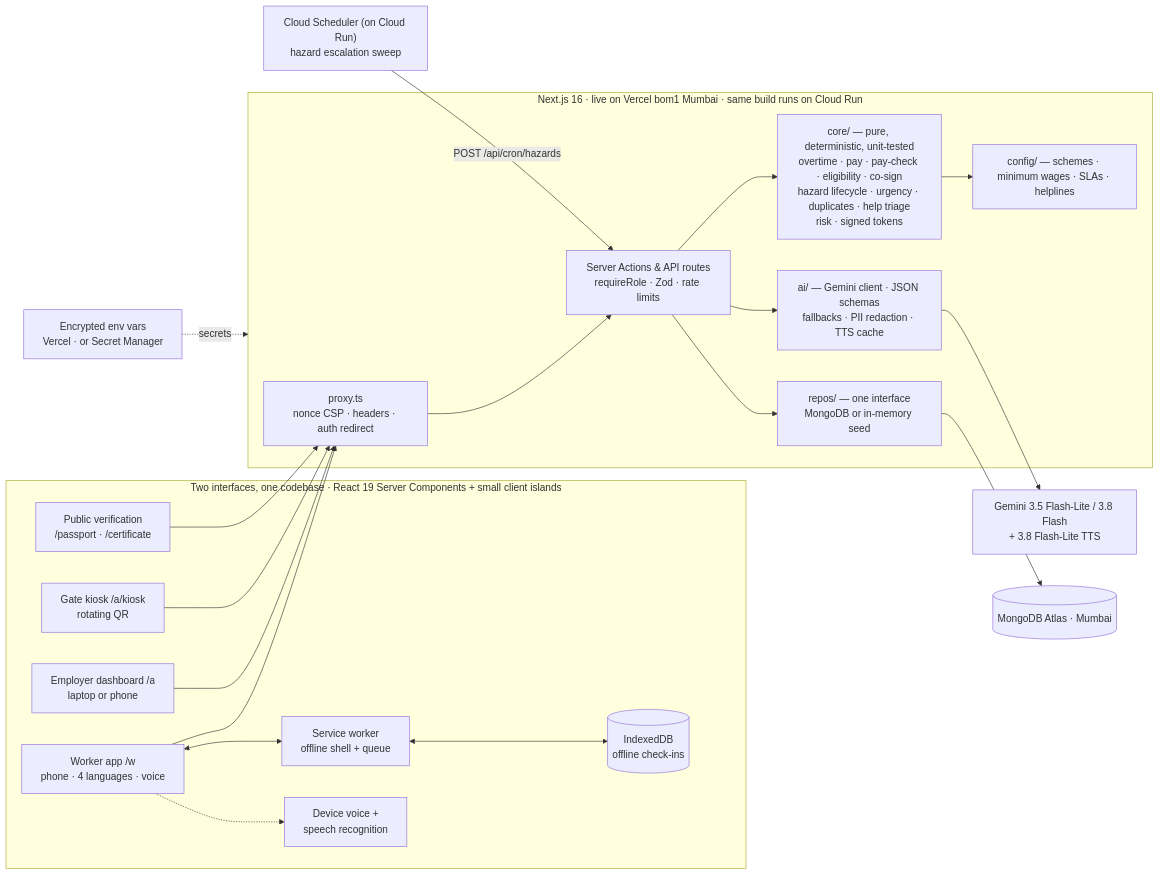
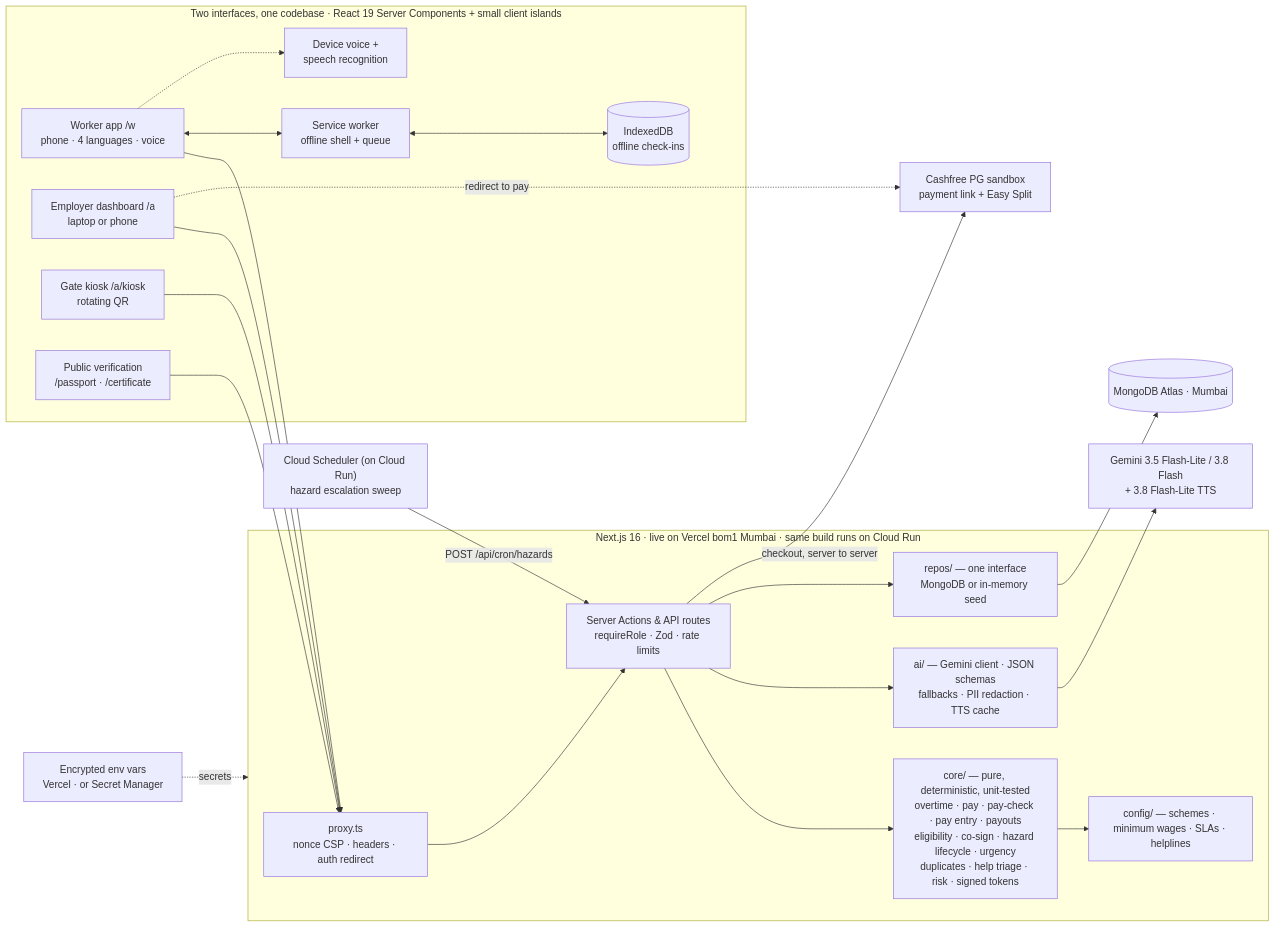
Before and after one commit to amanmaskara04/fairshift: the diagram in README.md, drawn with Mermaid. The commit also changed other lines of this file and 21 other files, not shown here.

````diff
--- a/README.md
+++ b/README.md
@@ -153,40 +156,43 @@
 ```mermaid
 flowchart LR
     subgraph Clients["Two interfaces, one codebase · React 19 Server Components + small client islands"]
         W["Worker app /w<br/>phone · 4 languages · voice"]
         A["Employer dashboard /a<br/>laptop or phone"]
         K["Gate kiosk /a/kiosk<br/>rotating QR"]
         V["Public verification<br/>/passport · /certificate"]
         SW["Service worker<br/>offline shell + queue"]
         IDB[("IndexedDB<br/>offline check-ins")]
         TTS1["Device voice +<br/>speech recognition"]
     end
 
     subgraph Run["Next.js 16 · live on Vercel bom1 Mumbai · same build runs on Cloud Run"]
         PX["proxy.ts<br/>nonce CSP · headers · auth redirect"]
         SA["Server Actions & API routes<br/>requireRole · Zod · rate limits"]
-        CORE["core/ — pure, deterministic, unit-tested<br/>overtime · pay · pay-check · eligibility · co-sign<br/>hazard lifecycle · urgency · duplicates · help triage<br/>risk · signed tokens"]
+        CORE["core/ — pure, deterministic, unit-tested<br/>overtime · pay · pay-check · pay entry · payouts<br/>eligibility · co-sign · hazard lifecycle · urgency<br/>duplicates · help triage · risk · signed tokens"]
         CFG["config/ — schemes · minimum wages · SLAs · helplines"]
         AI["ai/ — Gemini client · JSON schemas<br/>fallbacks · PII redaction · TTS cache"]
         REPO["repos/ — one interface<br/>MongoDB or in-memory seed"]
     end
 
     GEM["Gemini 3.5 Flash-Lite / 3.8 Flash<br/>+ 3.8 Flash-Lite TTS"]
+    CF["Cashfree PG sandbox<br/>payment link + Easy Split"]
     DB[("MongoDB Atlas · Mumbai")]
     SM["Encrypted env vars<br/>Vercel · or Secret Manager"]
     SCH["Cloud Scheduler (on Cloud Run)<br/>hazard escalation sweep"]
 
     W --> PX
     A --> PX
     K --> PX
     V --> PX
     PX --> SA
     W <--> SW <--> IDB
     W -.-> TTS1
     SA --> CORE
     CORE --> CFG
     SA --> AI --> GEM
     SA --> REPO --> DB
+    SA -- "checkout, server to server" --> CF
+    A -. "redirect to pay" .-> CF
     SM -. secrets .-> Run
     SCH -- "POST /api/cron/hazards" --> SA
 ```
````
